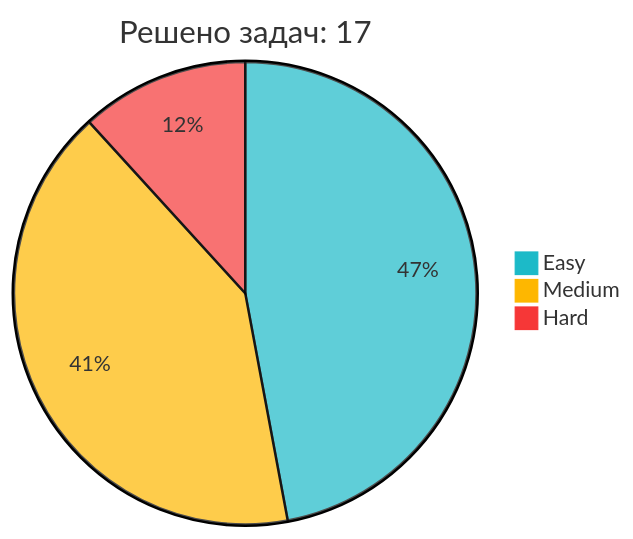
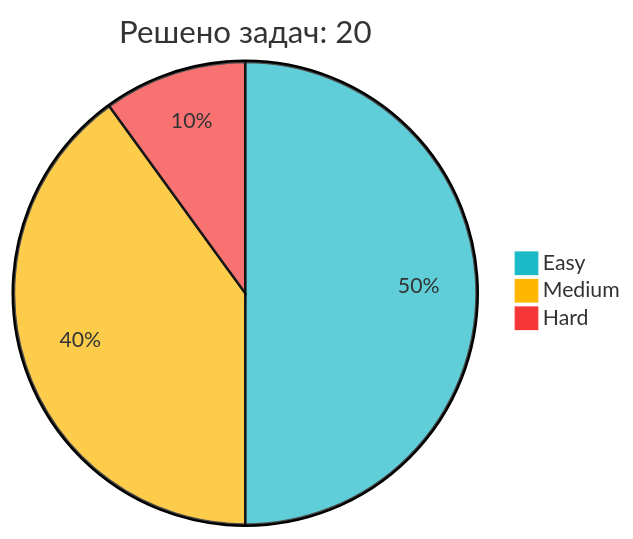
The diagram in README.md (IliaKurdukov/IliaKurdukov), drawn with Mermaid before and after one commit. The commit also changed other lines of this file, not shown here.

Commit message:
📈 Обновление статистики LeetCode

````diff
--- a/README.md
+++ b/README.md
@@ -48,7 +48,7 @@
 ```mermaid
 %%{init: {'theme': 'base', 'themeVariables': { 'pie1': '#1CBAC8', 'pie2': '#FEB700', 'pie3': '#F63737' }, 'config': {'width': 300, 'height': 200}}}%%
-pie title Решено задач: 17
-   "Easy" : 8
-   "Medium" : 7
+pie title Решено задач: 20
+   "Easy" : 10
+   "Medium" : 8
    "Hard" : 2
 ```
````
